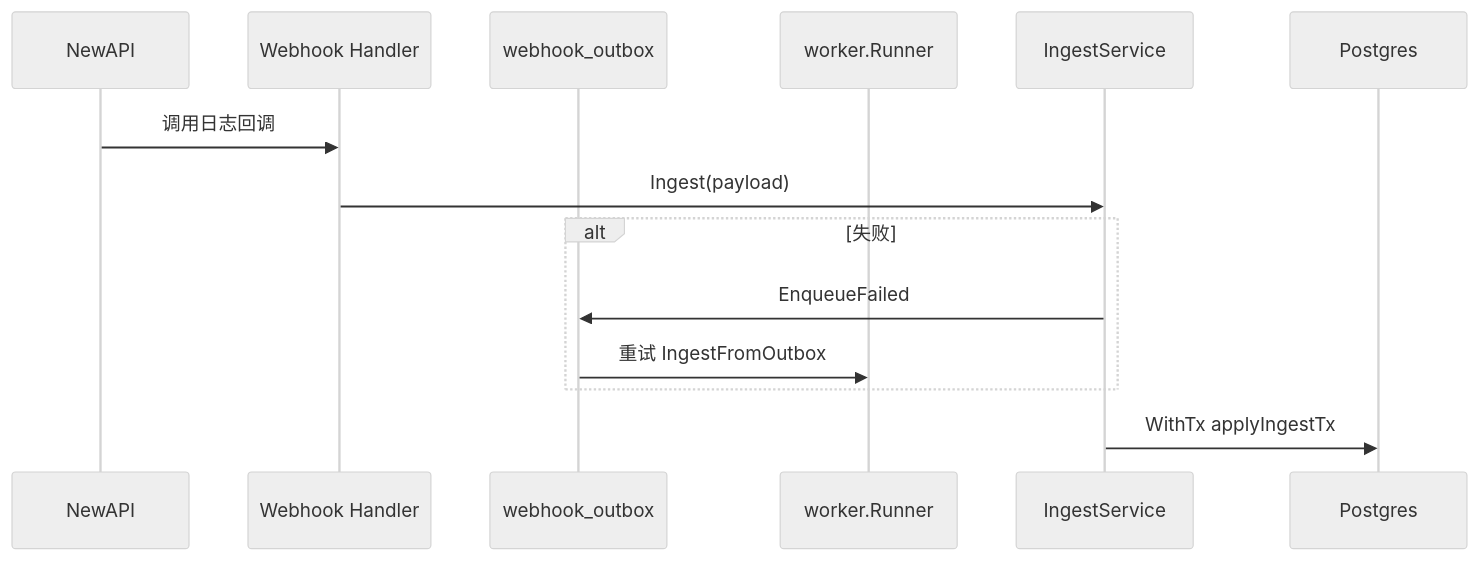
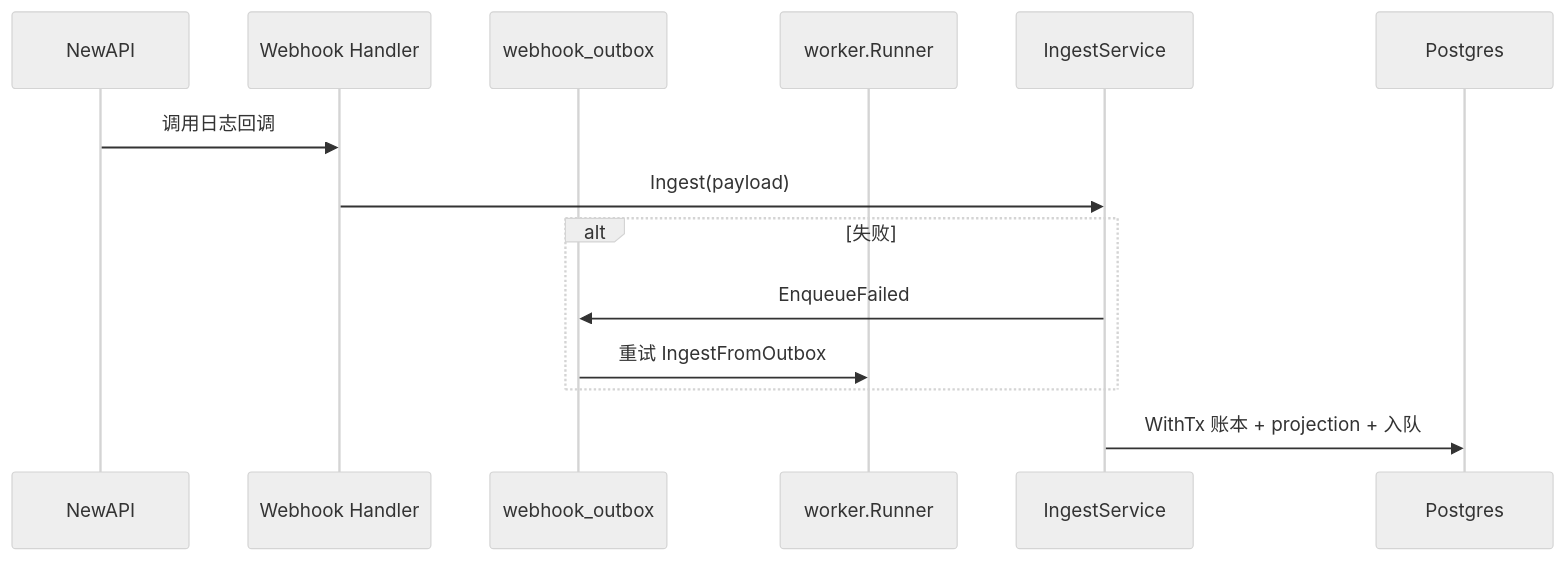
The third of 5 diagrams in docs/Backend-预算运作.md (quyip8818/mytokenjoy), drawn with Mermaid (neutral theme) before and after one commit. The commit also changed other lines of this file and 108 other files, not shown here.

````diff
--- a/docs/Backend-预算运作.md
+++ b/docs/Backend-预算运作.md
@@ -207,17 +209,17 @@
 ```mermaid
 sequenceDiagram
   participant NA as NewAPI
   participant WH as Webhook Handler
   participant WO as webhook_outbox
   participant W as worker.Runner
   participant ING as IngestService
   participant DB as Postgres
 
   NA->>WH: 调用日志回调
   WH->>ING: Ingest(payload)
   alt 失败
     ING->>WO: EnqueueFailed
     WO->>W: 重试 IngestFromOutbox
   end
-  ING->>DB: WithTx applyIngestTx
+  ING->>DB: WithTx 账本 + projection + 入队
 ```
````
